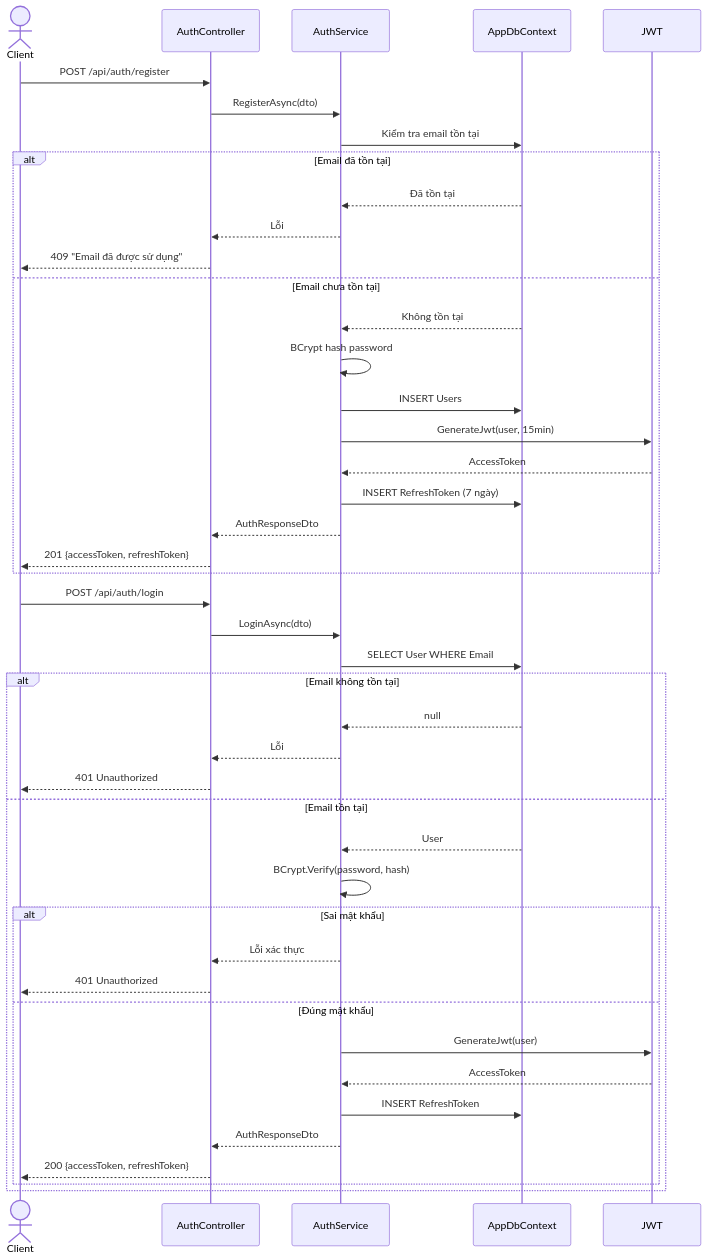
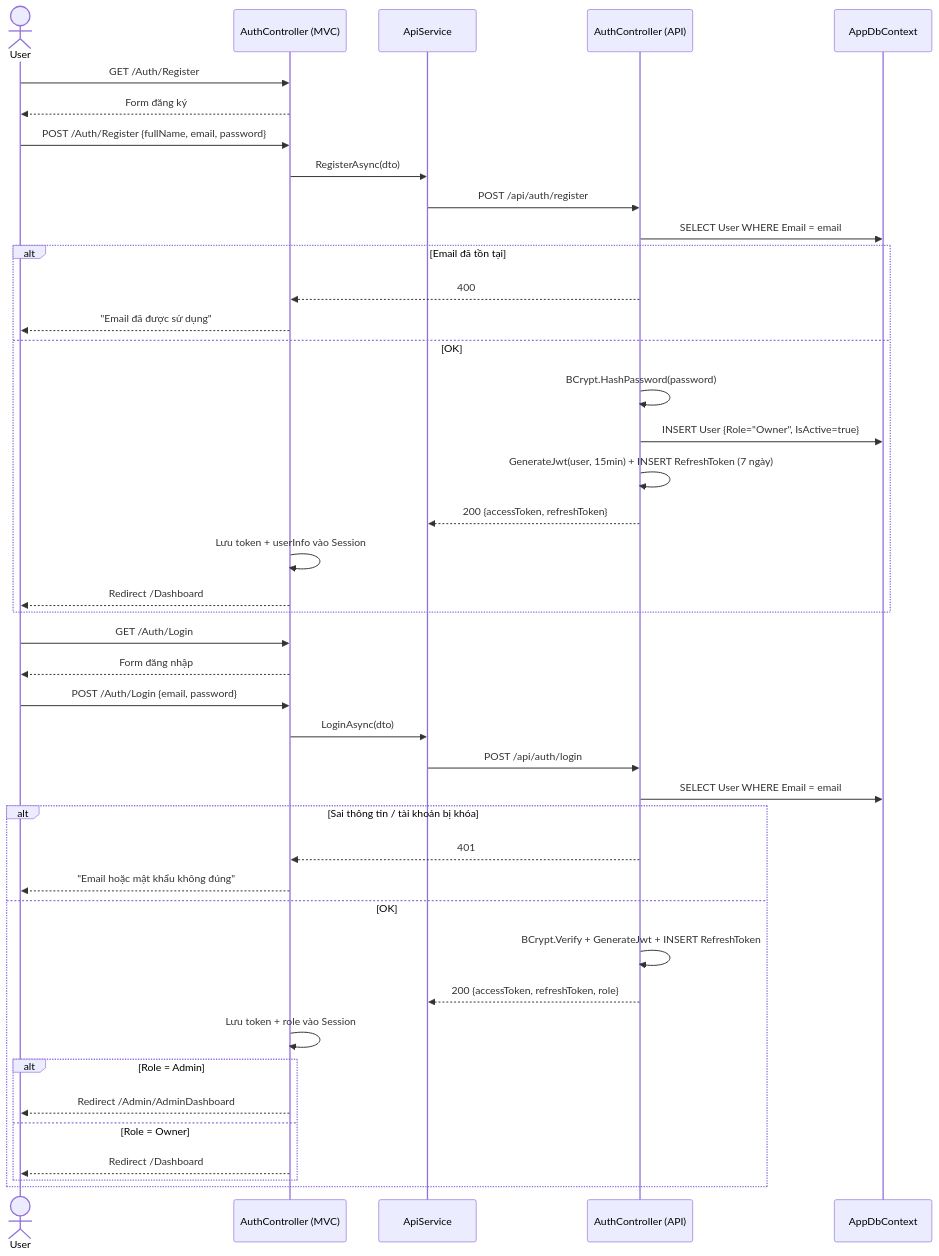
One commit to MTai55/TourguideProjectApp changed diagram 11 of 22 in PRD.md. Above: the diagram before and after it, drawn with Mermaid. The commit also changed other lines of this file and 2 other files, not shown here.

````diff
--- a/PRD.md
+++ b/PRD.md
@@ -1306,48 +1545,46 @@
 ```mermaid
 sequenceDiagram
-    actor Client
-    participant AuthController
-    participant AuthService
-    participant AppDbContext
-    participant JWT
+    actor User
+    participant AuthMVC as AuthController (MVC)
+    participant API as ApiService
+    participant AuthAPI as AuthController (API)
+    participant DB as AppDbContext
 
-    Client->>AuthController: POST /api/auth/register
-    AuthController->>AuthService: RegisterAsync(dto)
-    AuthService->>AppDbContext: Kiểm tra email tồn tại
+    User->>AuthMVC: GET /Auth/Register
+    AuthMVC-->>User: Form đăng ký
+    User->>AuthMVC: POST /Auth/Register {fullName, email, password}
+    AuthMVC->>API: RegisterAsync(dto)
+    API->>AuthAPI: POST /api/auth/register
+    AuthAPI->>DB: SELECT User WHERE Email = email
     alt Email đã tồn tại
-        AppDbContext-->>AuthService: Đã tồn tại
-        AuthService-->>AuthController: Lỗi
-        AuthController-->>Client: 409 "Email đã được sử dụng"
-    else Email chưa tồn tại
-        AppDbContext-->>AuthService: Không tồn tại
-        AuthService->>AuthService: BCrypt hash password
-        AuthService->>AppDbContext: INSERT Users
-        AuthService->>JWT: GenerateJwt(user, 15min)
-        JWT-->>AuthService: AccessToken
-        AuthService->>AppDbContext: INSERT RefreshToken (7 ngày)
-        AuthService-->>AuthController: AuthResponseDto
-        AuthController-->>Client: 201 {accessToken, refreshToken}
+        AuthAPI-->>AuthMVC: 400
+        AuthMVC-->>User: "Email đã được sử dụng"
+    else OK
+        AuthAPI->>AuthAPI: BCrypt.HashPassword(password)
+        AuthAPI->>DB: INSERT User {Role="Owner", IsActive=true}
+        AuthAPI->>AuthAPI: GenerateJwt(user, 15min) + INSERT RefreshToken (7 ngày)
+        AuthAPI-->>API: 200 {accessToken, refreshToken}
+        AuthMVC->>AuthMVC: Lưu token + userInfo vào Session
+        AuthMVC-->>User: Redirect /Dashboard
     end
 
-    Client->>AuthController: POST /api/auth/login
-    AuthController->>AuthService: LoginAsync(dto)
-    AuthService->>AppDbContext: SELECT User WHERE Email
-    alt Email không tồn tại
-        AppDbContext-->>AuthService: null
-        AuthService-->>AuthController: Lỗi
-        AuthController-->>Client: 401 Unauthorized
-    else Email tồn tại
-        AppDbContext-->>AuthService: User
-        AuthService->>AuthService: BCrypt.Verify(password, hash)
-        alt Sai mật khẩu
-            AuthService-->>AuthController: Lỗi xác thực
-            AuthController-->>Client: 401 Unauthorized
-        else Đúng mật khẩu
-            AuthService->>JWT: GenerateJwt(user)
-            JWT-->>AuthService: AccessToken
-            AuthService->>AppDbContext: INSERT RefreshToken
-            AuthService-->>AuthController: AuthResponseDto
-            AuthController-->>Client: 200 {accessToken, refreshToken}
+    User->>AuthMVC: GET /Auth/Login
+    AuthMVC-->>User: Form đăng nhập
+    User->>AuthMVC: POST /Auth/Login {email, password}
+    AuthMVC->>API: LoginAsync(dto)
+    API->>AuthAPI: POST /api/auth/login
+    AuthAPI->>DB: SELECT User WHERE Email = email
+    alt Sai thông tin / tài khoản bị khóa
+        AuthAPI-->>AuthMVC: 401
+        AuthMVC-->>User: "Email hoặc mật khẩu không đúng"
+    else OK
+        AuthAPI->>AuthAPI: BCrypt.Verify + GenerateJwt + INSERT RefreshToken
+        AuthAPI-->>API: 200 {accessToken, refreshToken, role}
+        AuthMVC->>AuthMVC: Lưu token + role vào Session
+        alt Role = Admin
+            AuthMVC-->>User: Redirect /Admin/AdminDashboard
+        else Role = Owner
+            AuthMVC-->>User: Redirect /Dashboard
         end
     end
 ```
````
